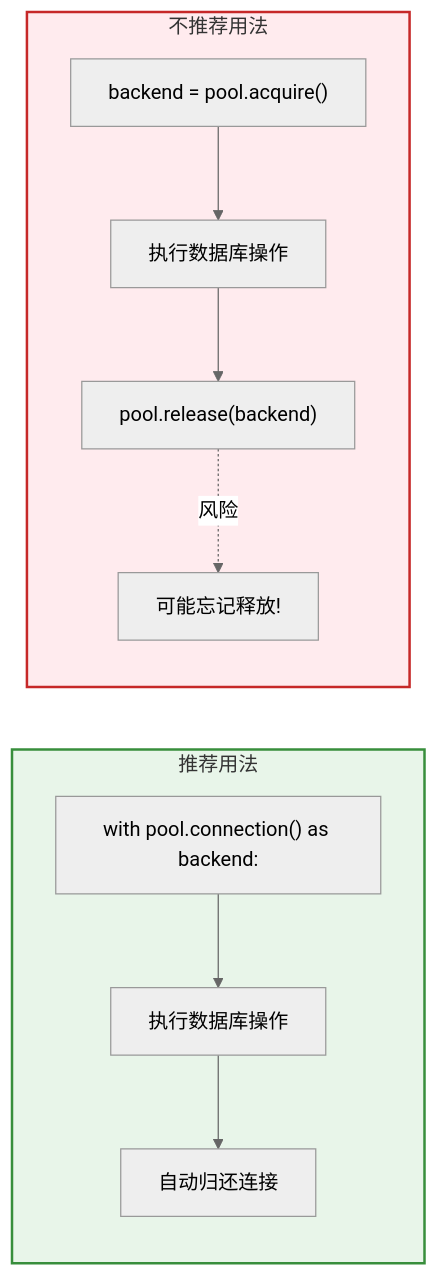
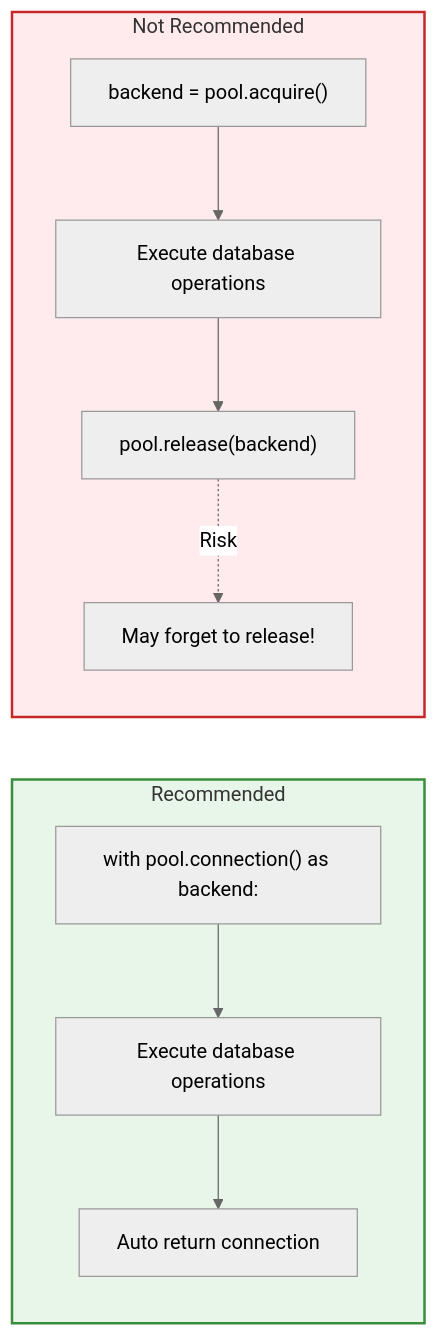
The second of 3 diagrams in docs/zh_CN/connection/connection_pool.md (rhosocial/python-activerecord), drawn with Mermaid (neutral theme) before and after one commit. The commit also changed other lines of this file and 4 other files, not shown here.

````diff
--- a/docs/zh_CN/connection/connection_pool.md
+++ b/docs/zh_CN/connection/connection_pool.md
@@ -80,21 +80,21 @@
 ```mermaid
 flowchart LR
-    subgraph Recommended["推荐用法"]
+    subgraph Recommended["Recommended"]
         D1["with pool.connection() as backend:"]
-        D2["执行数据库操作"]
-        D3["自动归还连接"]
+        D2["Execute database operations"]
+        D3["Auto return connection"]
         D1 --> D2 --> D3
     end
 
-    subgraph NotRecommended["不推荐用法"]
+    subgraph NotRecommended["Not Recommended"]
         E1["backend = pool.acquire()"]
-        E2["执行数据库操作"]
+        E2["Execute database operations"]
         E3["pool.release(backend)"]
-        E4["可能忘记释放!"]
+        E4["May forget to release!"]
         E1 --> E2 --> E3
-        E3 -.->|风险| E4
+        E3 -.->|Risk| E4
     end
 
     style Recommended fill:#e8f5e9,stroke:#388e3c,stroke-width:2px
     style NotRecommended fill:#ffebee,stroke:#c62828,stroke-width:2px
 ```
````
